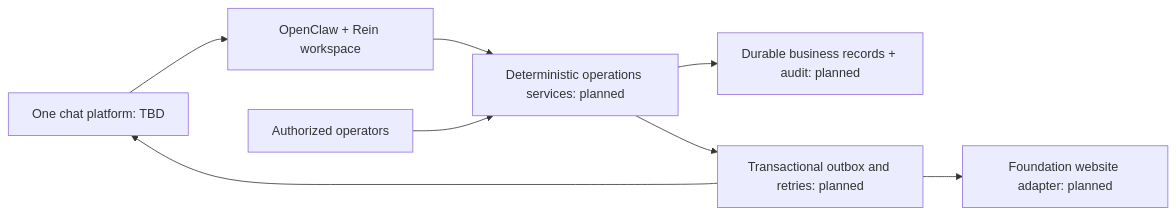
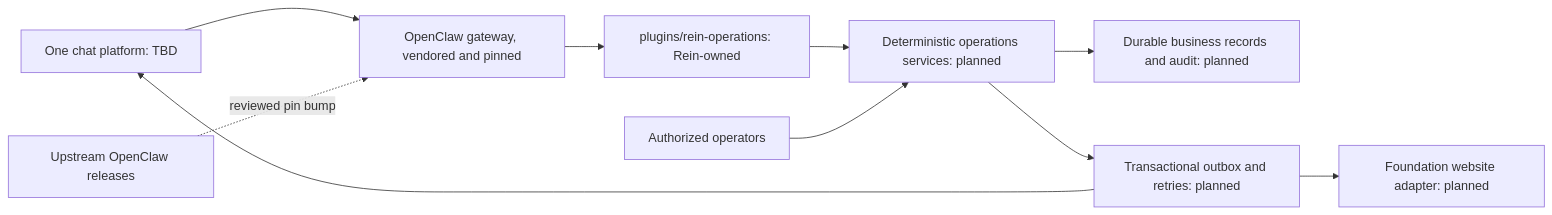
The diagram in docs/architecture.md (tempest2023/rein-agent), drawn with Mermaid before and after one commit. The commit also changed other lines of this file and 28 other files, not shown here.

Commit message:
Integrate upstream OpenClaw with external Rein plugin workflow

````diff
--- a/docs/architecture.md
+++ b/docs/architecture.md
@@ -5,10 +29,12 @@
 ```mermaid
 flowchart LR
-  Chat[One chat platform: TBD] --> Runtime[OpenClaw + Rein workspace]
-  Runtime --> Domain[Deterministic operations services: planned]
-  Domain --> Records[Durable business records + audit: planned]
+  Chat[One chat platform: TBD] --> Gateway[OpenClaw gateway, vendored and pinned]
+  Gateway --> Plugin[plugins/rein-operations: Rein-owned]
+  Plugin --> Domain[Deterministic operations services: planned]
+  Domain --> Records[Durable business records and audit: planned]
   Domain --> Outbox[Transactional outbox and retries: planned]
   Outbox --> Chat
   Outbox --> Website[Foundation website adapter: planned]
   Admin[Authorized operators] --> Domain
+  Upstream[Upstream OpenClaw releases] -. reviewed pin bump .-> Gateway
 ```
````
